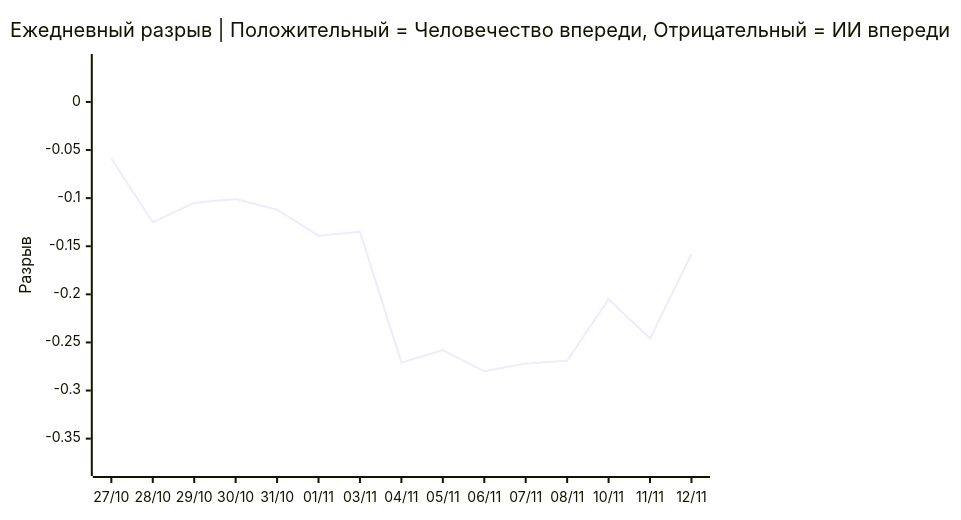
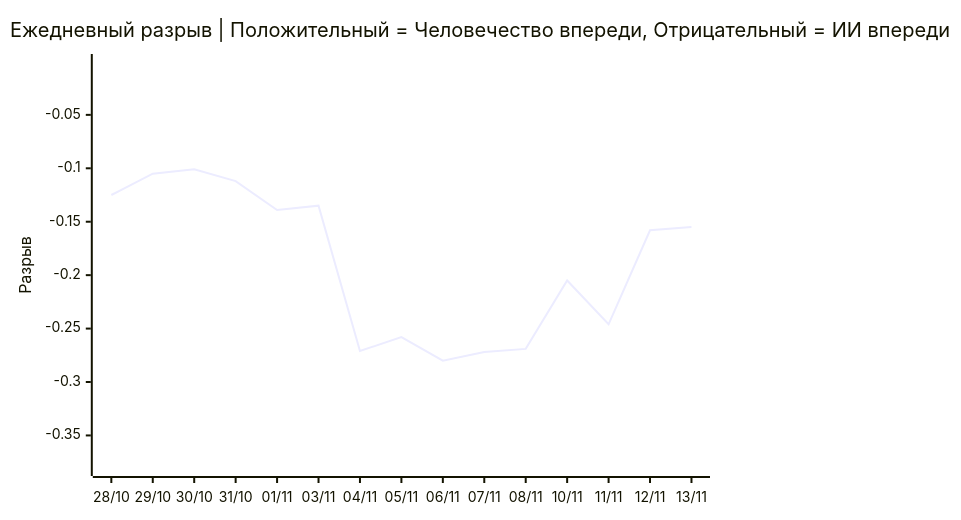
The third of 3 diagrams in README.ru.md (VQQLK/Human-AI-Monitor), drawn with Mermaid before and after one commit. The commit also changed other lines of this file and 3 other files, not shown here.

````diff
--- a/README.ru.md
+++ b/README.ru.md
@@ -54,7 +54,7 @@
 ```mermaid
 xychart-beta
     title "Ежедневный разрыв | Положительный = Человечество впереди, Отрицательный = ИИ впереди"
-    x-axis ["27/10", "28/10", "29/10", "30/10", "31/10", "01/11", "03/11", "04/11", "05/11", "06/11", "07/11", "08/11", "10/11", "11/11", "12/11"]
-    y-axis "Разрыв" -0.380 --> 0.041
-    line [-0.059, -0.125, -0.105, -0.101, -0.112, -0.139, -0.135, -0.271, -0.258, -0.280, -0.272, -0.269, -0.205, -0.246, -0.158]
+    x-axis ["28/10", "29/10", "30/10", "31/10", "01/11", "03/11", "04/11", "05/11", "06/11", "07/11", "08/11", "10/11", "11/11", "12/11", "13/11"]
+    y-axis "Разрыв" -0.380 --> -0.001
+    line [-0.125, -0.105, -0.101, -0.112, -0.139, -0.135, -0.271, -0.258, -0.280, -0.272, -0.269, -0.205, -0.246, -0.158, -0.155]
 ```
````
